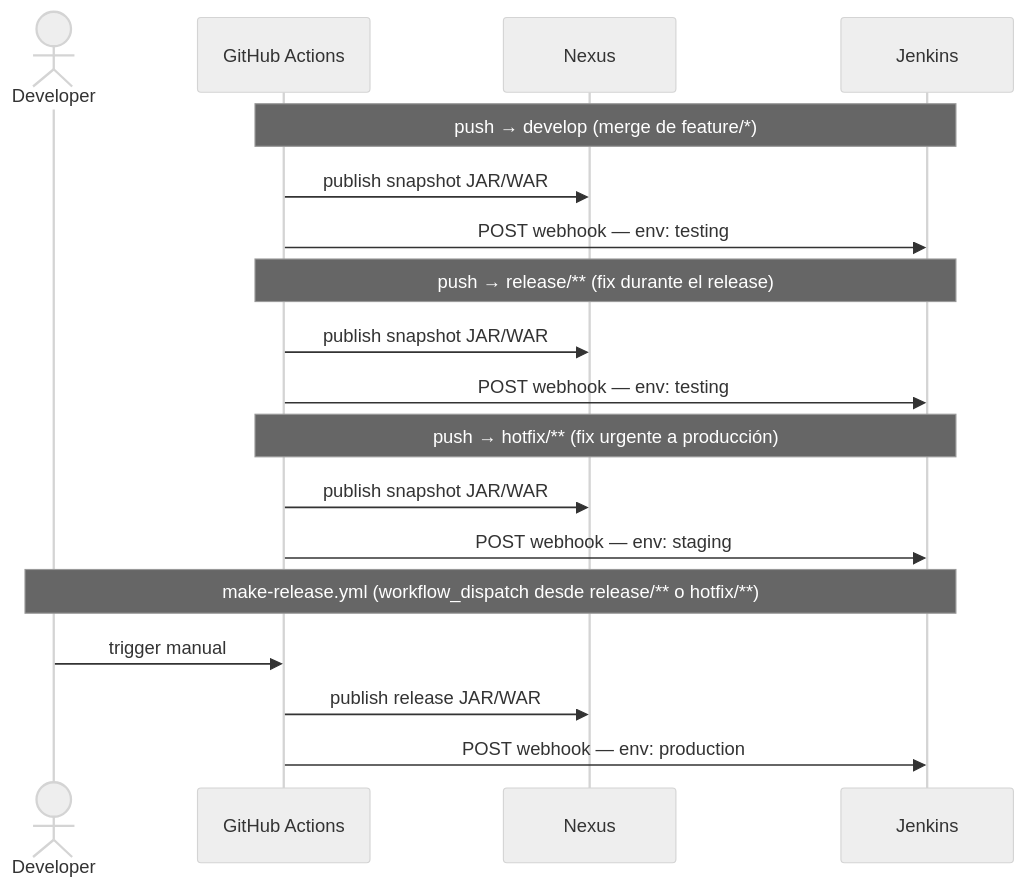
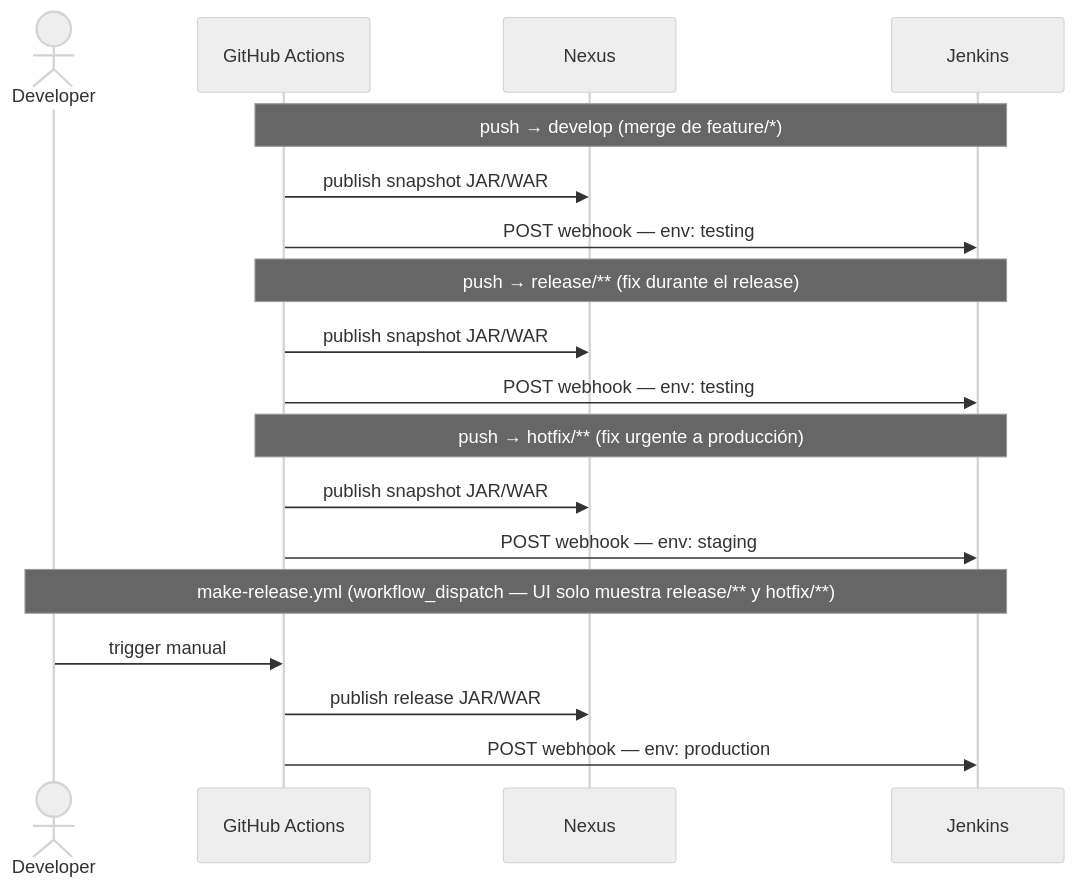
Before and after one commit to BQN-UY/CI-CD: the third of 3 diagrams in docs/migration-v2.md, drawn with Mermaid (neutral theme). The commit also changed other lines of this file and 2 other files, not shown here.

Commit message:
feat: restrict make-release workflow_dispatch to release/** and hotfix/**

````diff
--- a/docs/migration-v2.md
+++ b/docs/migration-v2.md
@@ -577,24 +581,24 @@
 ```mermaid
 sequenceDiagram
     actor DEV as Developer
     participant GHA as GitHub Actions
     participant NX as Nexus
     participant JNK as Jenkins
 
     Note over GHA,JNK: push → develop (merge de feature/*)
     GHA->>NX: publish snapshot JAR/WAR
     GHA->>JNK: POST webhook — env: testing
 
     Note over GHA,JNK: push → release/** (fix durante el release)
     GHA->>NX: publish snapshot JAR/WAR
     GHA->>JNK: POST webhook — env: testing
 
     Note over GHA,JNK: push → hotfix/** (fix urgente a producción)
     GHA->>NX: publish snapshot JAR/WAR
     GHA->>JNK: POST webhook — env: staging
 
-    Note over DEV,JNK: make-release.yml (workflow_dispatch desde release/** o hotfix/**)
+    Note over DEV,JNK: make-release.yml (workflow_dispatch — UI solo muestra release/** y hotfix/**)
     DEV->>GHA: trigger manual
     GHA->>NX: publish release JAR/WAR
     GHA->>JNK: POST webhook — env: production
 ```
````
